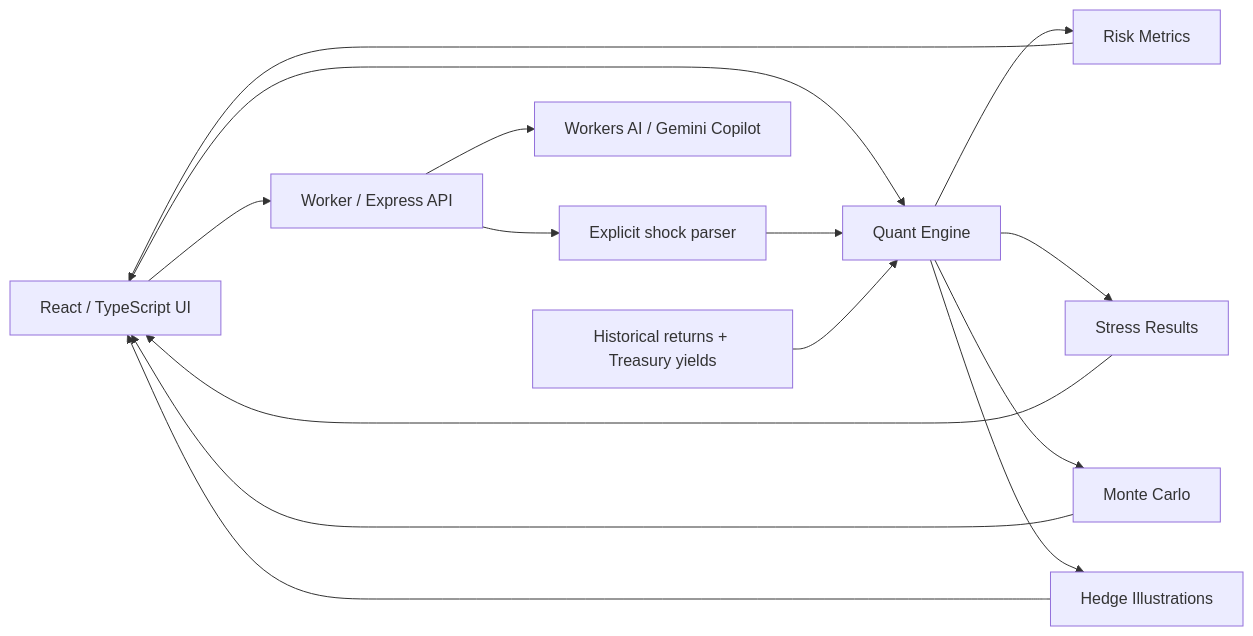
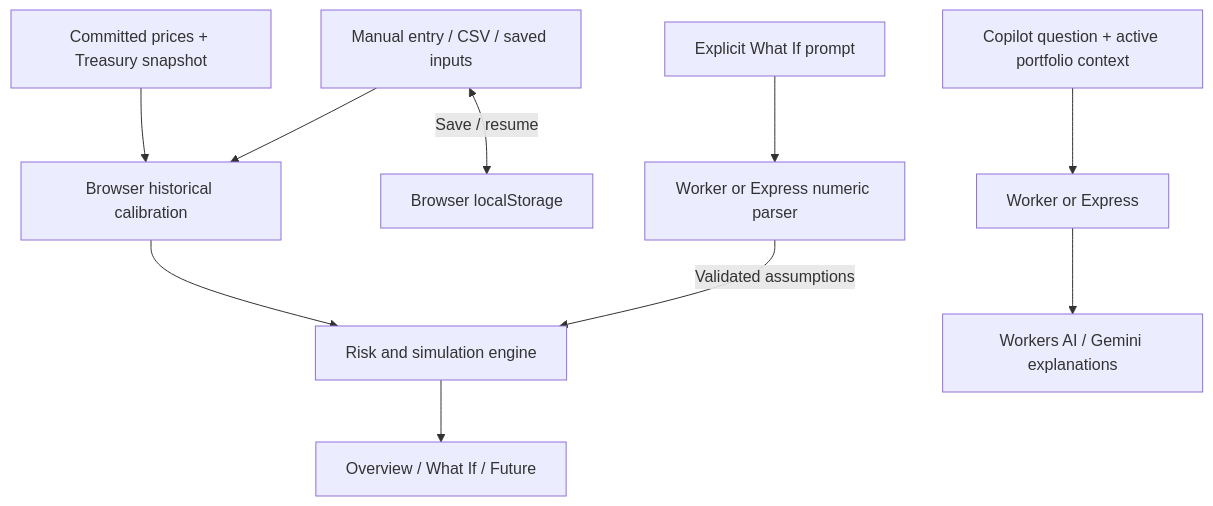
One commit to randeepgupta/risklab changed the diagram in README.md. Above: the diagram before and after it, drawn with Mermaid. The commit also changed other lines of this file and 4 other files, not shown here.

````diff
--- a/README.md
+++ b/README.md
@@ -47,17 +211,12 @@
 ```mermaid
-flowchart LR
-    UI[React / TypeScript UI] --> API[Worker / Express API]
-    UI --> QE[Quant Engine]
-    API --> B[Explicit shock parser]
-    B --> QE
-    HIST[Historical returns + Treasury yields] --> QE
-    API --> AI[Workers AI / Gemini Copilot]
-    QE --> R[Risk Metrics]
-    QE --> S[Stress Results]
-    QE --> M[Monte Carlo]
-    QE --> H[Hedge Illustrations]
-    R --> UI
-    S --> UI
-    M --> UI
-    H --> UI
+flowchart TD
+    INPUT[Manual entry / CSV / saved inputs] --> CAL[Browser historical calibration]
+    SNAP[Committed prices + Treasury snapshot] --> CAL
+    CAL --> QE[Risk and simulation engine]
+    QE --> VIEWS[Overview / What If / Future]
+    PROMPT[Explicit What If prompt] --> PARSER[Worker or Express numeric parser]
+    PARSER -->|Validated assumptions| QE
+    INPUT <-->|Save / resume| LOCAL[Browser localStorage]
+    QUESTION[Copilot question + active portfolio context] --> API[Worker or Express]
+    API --> AI[Workers AI / Gemini explanations]
 ```
````
